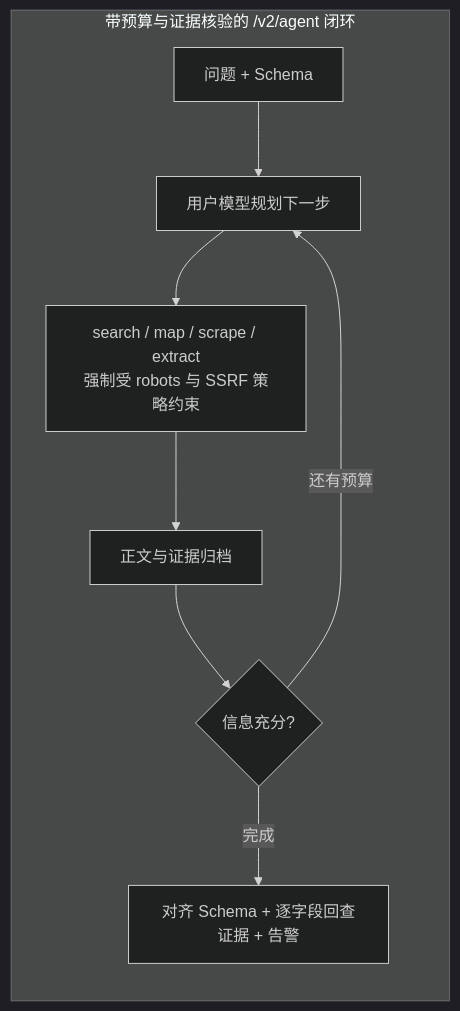
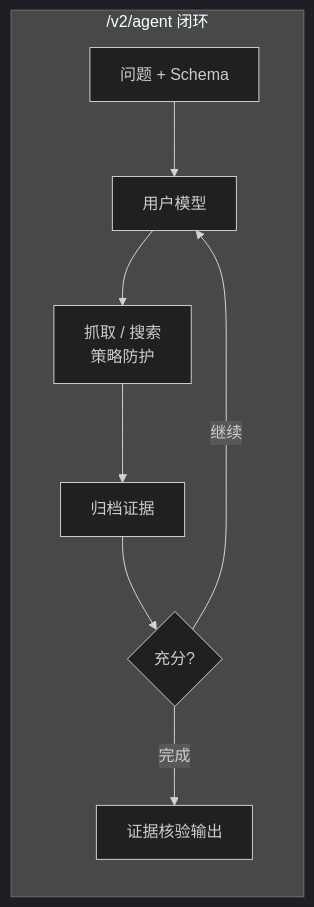
One commit to YOLOW92/pagesift changed the third of 4 diagrams in docs/README.zh-CN.md. Above: the diagram before and after it, drawn with Mermaid (dark theme). The commit also changed other lines of this file and 104 other files, not shown here.

````diff
--- a/docs/README.zh-CN.md
+++ b/docs/README.zh-CN.md
@@ -197,11 +180,11 @@
 ```mermaid
 flowchart LR
-    subgraph Agent["带预算与证据核验的 /v2/agent 闭环"]
-        Q[问题 + Schema] --> M[用户模型规划下一步]
-        M --> T[search / map / scrape / extract<br/>强制受 robots 与 SSRF 策略约束]
-        T --> Ev[正文与证据归档]
-        Ev --> Check{信息充分?}
-        Check -->|还有预算| M
-        Check -->|完成| Verify[对齐 Schema + 逐字段回查证据 + 告警]
+    subgraph Agent["/v2/agent 闭环"]
+        Q["问题 + Schema"] --> M["用户模型"]
+        M --> T["抓取 / 搜索<br/>策略防护"]
+        T --> Ev["归档证据"]
+        Ev --> Check{"充分?"}
+        Check -->|继续| M
+        Check -->|完成| Verify["证据核验输出"]
     end
 ```
````
